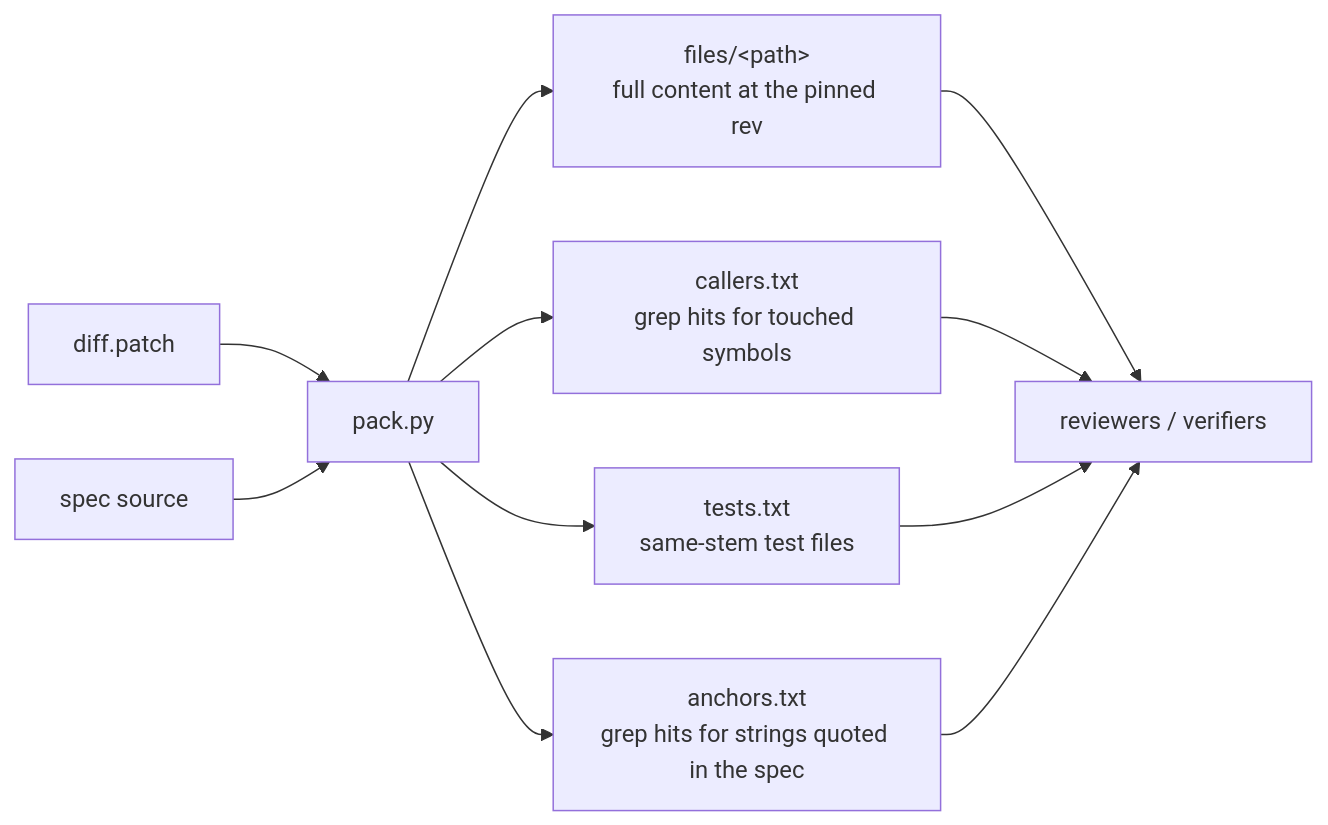
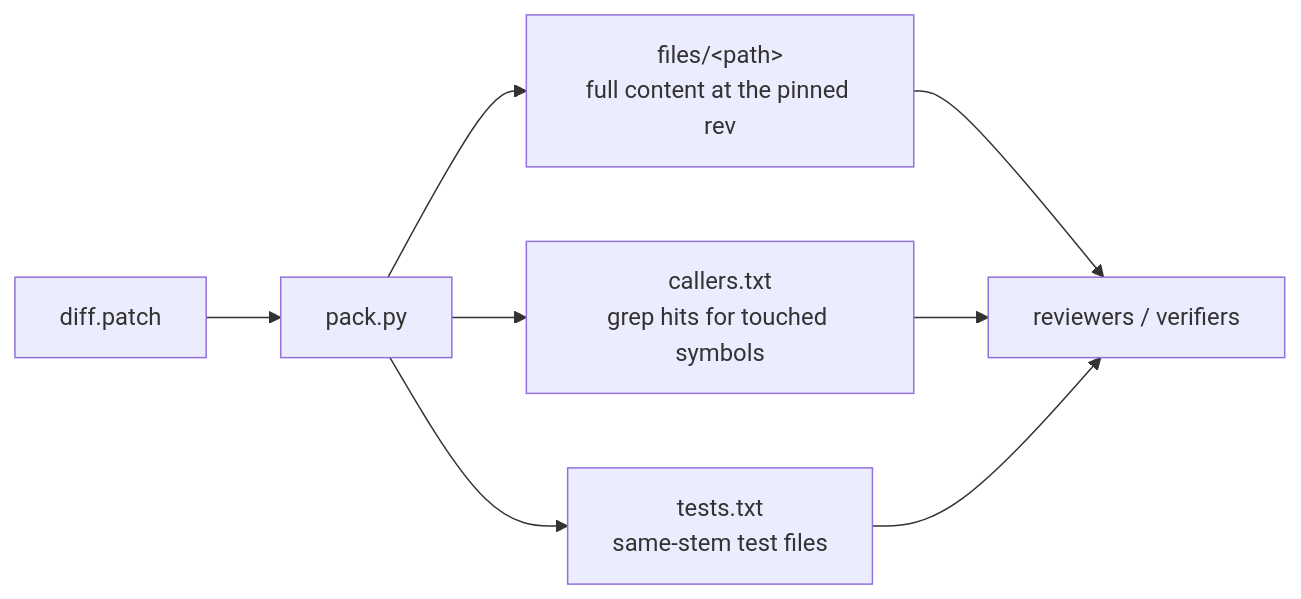
Before and after one commit to jimmy-guzman/skills: the second of 3 diagrams in docs/review-changes.md, drawn with Mermaid. The commit also changed other lines of this file and 6 other files, not shown here.

````diff
--- a/docs/review-changes.md
+++ b/docs/review-changes.md
@@ -48,13 +48,10 @@
 ```mermaid
 flowchart LR
     D[diff.patch] --> P[pack.py]
-    S[spec source] --> P
     P --> F["files/&lt;path&gt;<br/>full content at the pinned rev"]
     P --> C["callers.txt<br/>grep hits for touched symbols"]
     P --> T["tests.txt<br/>same-stem test files"]
-    P --> A["anchors.txt<br/>grep hits for strings quoted in the spec"]
     F --> R[reviewers / verifiers]
     C --> R
     T --> R
-    A --> R
 ```
````
